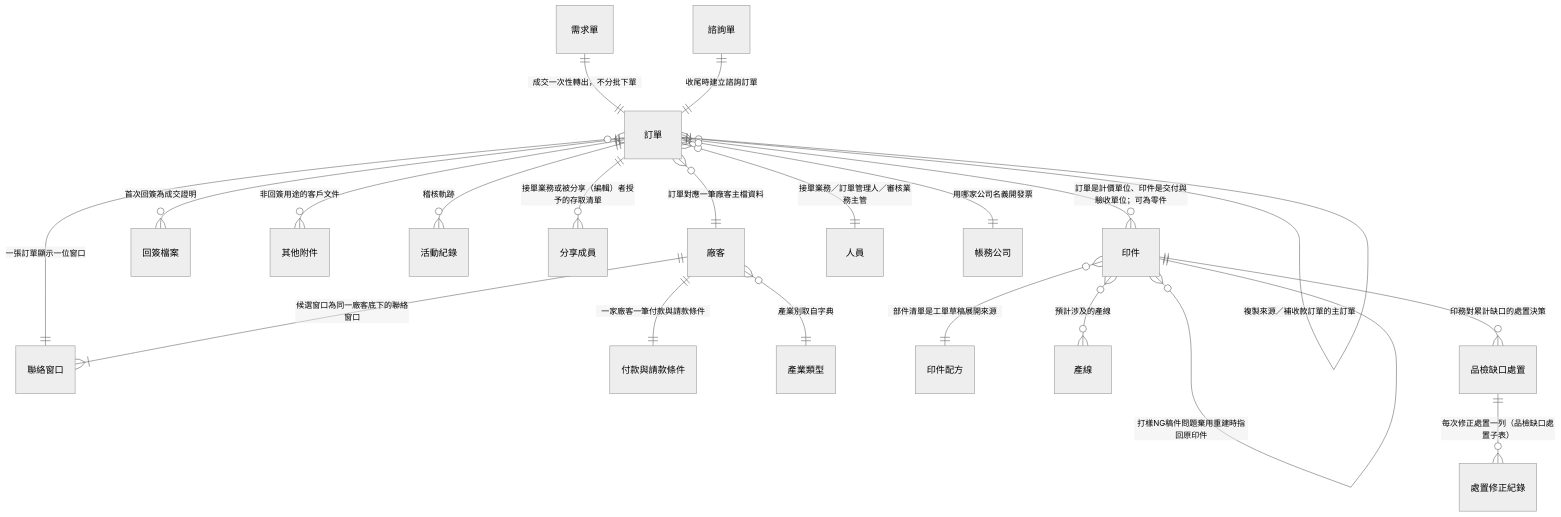
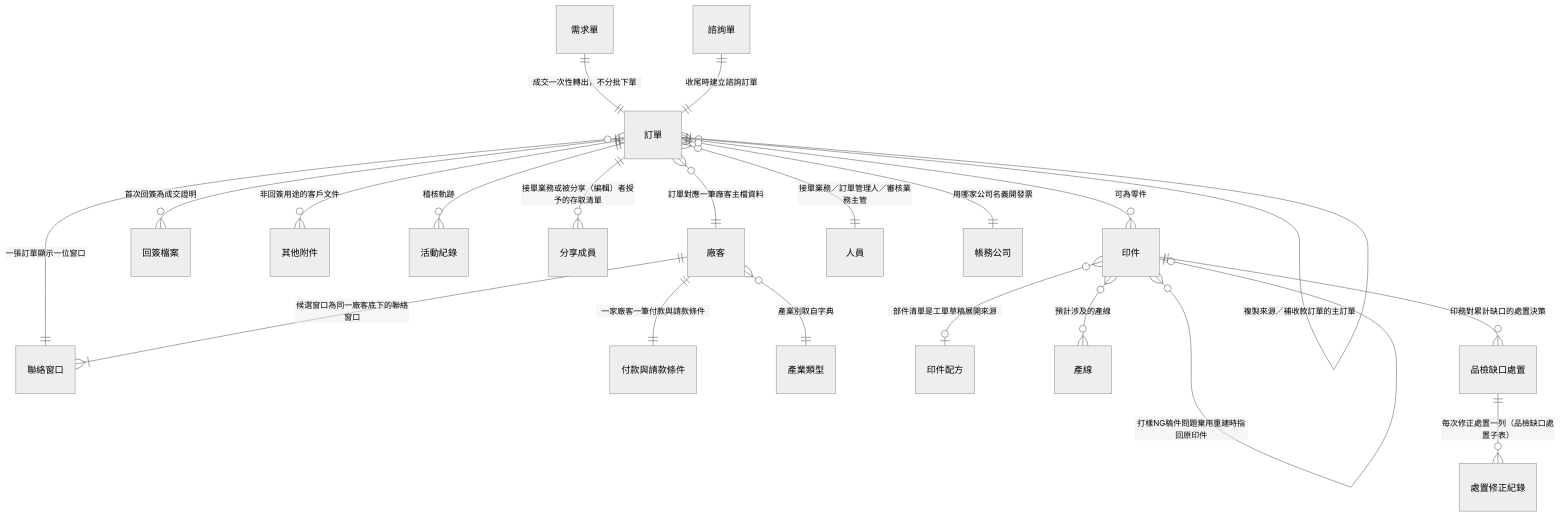
Before and after one commit to Kawato-Miles/erp-spec: the first of 6 diagrams in memory/Sens_wiki/wiki/erp/05-entities/訂單領域資料結構總覽.md, drawn with Mermaid (neutral theme). The commit also changed other lines of this file and 9 other files, not shown here.

````diff
--- a/memory/Sens_wiki/wiki/erp/05-entities/訂單領域資料結構總覽.md
+++ b/memory/Sens_wiki/wiki/erp/05-entities/訂單領域資料結構總覽.md
@@ -28,23 +28,23 @@
 ```mermaid
 erDiagram
     "需求單" ||--|| "訂單" : "成交一次性轉出，不分批下單"
     "諮詢單" ||--|| "訂單" : "收尾時建立諮詢訂單"
-    "訂單" ||--o{ "印件" : "訂單是計價單位、印件是交付與驗收單位；可為零件"
+    "訂單" ||--o{ "印件" : "可為零件"
     "訂單" }o--|| "訂單" : "複製來源／補收款訂單的主訂單"
     "訂單" ||--o{ "回簽檔案" : "首次回簽為成交證明"
     "訂單" ||--o{ "其他附件" : "非回簽用途的客戶文件"
     "訂單" ||--o{ "活動紀錄" : "稽核軌跡"
     "訂單" ||--o{ "分享成員" : "接單業務或被分享（編輯）者授予的存取清單"
     "訂單" }o--|| "廠客" : "訂單對應一筆廠客主檔資料"
     "訂單" }o--|| "聯絡窗口" : "一張訂單顯示一位窗口"
     "廠客" ||--|{ "聯絡窗口" : "候選窗口為同一廠客底下的聯絡窗口"
     "廠客" ||--|| "付款與請款條件" : "一家廠客一筆付款與請款條件"
     "廠客" }o--|| "產業類型" : "產業別取自字典"
     "訂單" }o--|| "人員" : "接單業務／訂單管理人／審核業務主管"
     "訂單" }o--|| "帳務公司" : "用哪家公司名義開發票"
-    "印件" }o--|| "印件" : "打樣NG稿件問題棄用重建時指回原印件"
-    "印件" }o--|| "印件配方" : "部件清單是工單草稿展開來源"
+    "印件" }o--o| "印件" : "打樣NG稿件問題棄用重建時指回原印件"
+    "印件" }o--o| "印件配方" : "部件清單是工單草稿展開來源"
     "印件" }o--o{ "產線" : "預計涉及的產線"
     "印件" ||--o{ "品檢缺口處置" : "印務對累計缺口的處置決策"
     "品檢缺口處置" ||--o{ "處置修正紀錄" : "每次修正處置一列（品檢缺口處置子表）"
 ```
````
